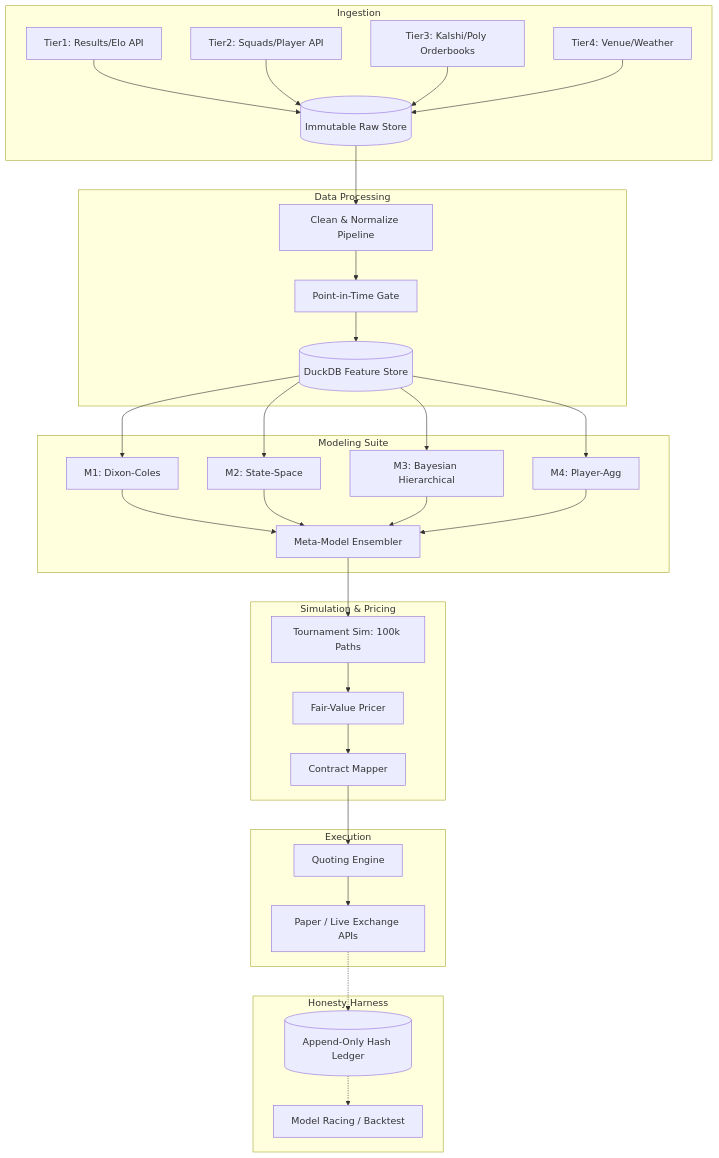
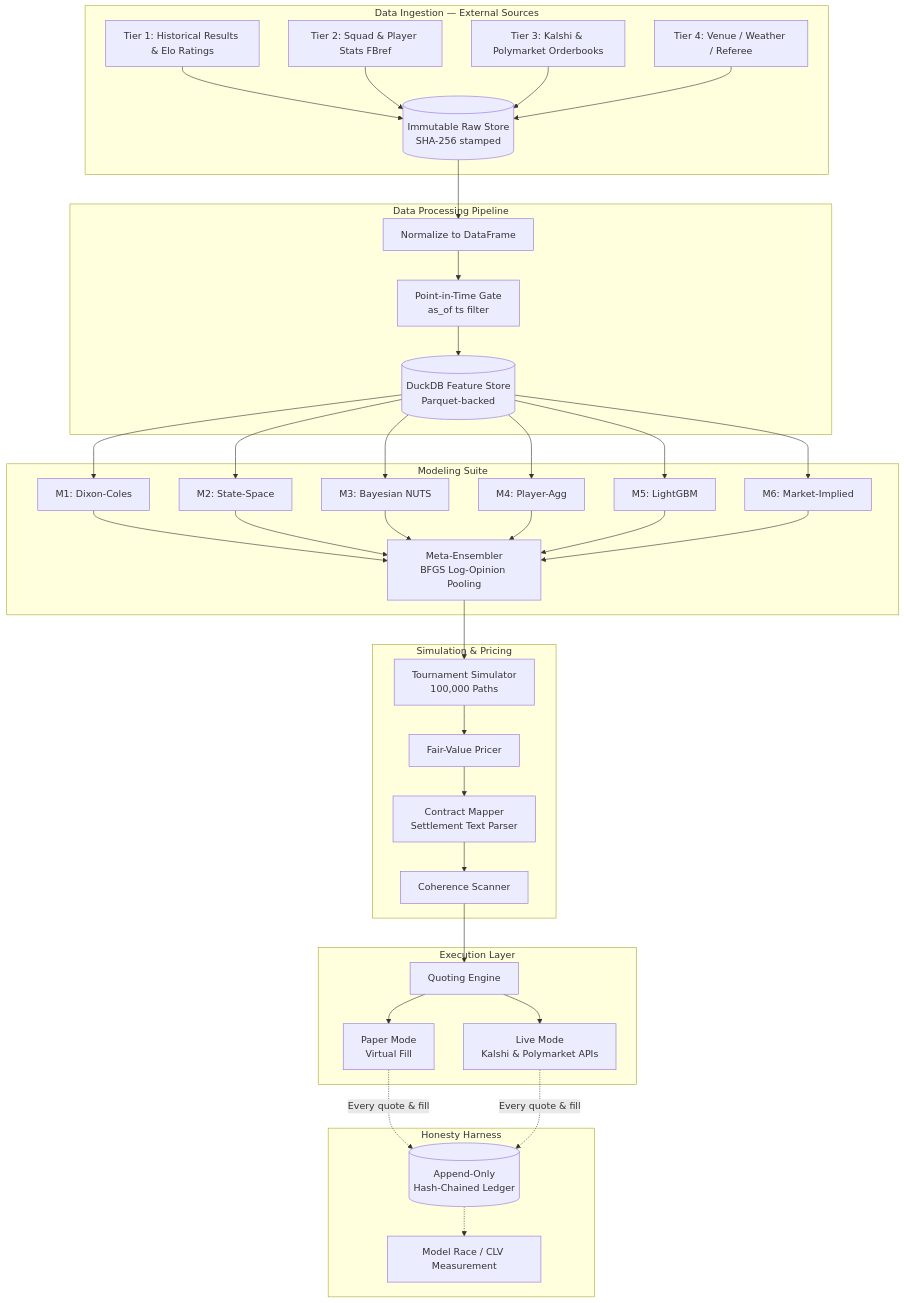
Before and after one commit to shreejitverma/wc2026-quant-prediction-system: the first of 5 diagrams in docs/architecture.md, drawn with Mermaid. The commit also changed other lines of this file and 8 other files, not shown here.

````diff
--- a/docs/architecture.md
+++ b/docs/architecture.md
@@ -9,39 +25,44 @@
 ```mermaid
 flowchart TD
-    subgraph Ingestion
-        A[Tier1: Results/Elo API] --> Raw[(Immutable Raw Store)]
-        B[Tier2: Squads/Player API] --> Raw
-        C[Tier3: Kalshi/Poly Orderbooks] --> Raw
-        D[Tier4: Venue/Weather] --> Raw
+    subgraph Ingestion [Data Ingestion — External Sources]
+        T1[Tier 1: Historical Results & Elo Ratings]
+        T2[Tier 2: Squad & Player Stats FBref]
+        T3[Tier 3: Kalshi & Polymarket Orderbooks]
+        T4[Tier 4: Venue / Weather / Referee]
+        T1 & T2 & T3 & T4 --> Raw[(Immutable Raw Store\nSHA-256 stamped)]
     end
 
-    subgraph Data Processing
-        Raw --> Clean[Clean & Normalize Pipeline]
-        Clean --> PIT[Point-in-Time Gate]
-        PIT --> FS[(DuckDB Feature Store)]
+    subgraph Processing [Data Processing Pipeline]
+        Raw --> Norm[Normalize to DataFrame]
+        Norm --> PIT[Point-in-Time Gate\nas_of ts filter]
+        PIT --> FS[(DuckDB Feature Store\nParquet-backed)]
     end
 
-    subgraph Modeling Suite
+    subgraph Modeling [Modeling Suite]
         FS --> M1[M1: Dixon-Coles]
         FS --> M2[M2: State-Space]
-        FS --> M3[M3: Bayesian Hierarchical]
+        FS --> M3[M3: Bayesian NUTS]
         FS --> M4[M4: Player-Agg]
-        M1 & M2 & M3 & M4 --> Meta[Meta-Model Ensembler]
+        FS --> M5[M5: LightGBM]
+        FS --> M6[M6: Market-Implied]
+        M1 & M2 & M3 & M4 & M5 & M6 --> Meta[Meta-Ensembler\nBFGS Log-Opinion Pooling]
     end
 
-    subgraph Simulation & Pricing
-        Meta --> Sim[Tournament Sim: 100k Paths]
+    subgraph Simulation [Simulation & Pricing]
+        Meta --> Sim[Tournament Simulator\n100,000 Paths]
         Sim --> FV[Fair-Value Pricer]
-        FV --> Mapper[Contract Mapper]
+        FV --> Mapper[Contract Mapper\nSettlement Text Parser]
+        Mapper --> Coh[Coherence Scanner]
     end
 
-    subgraph Execution
-        Mapper --> Quote[Quoting Engine]
-        Quote --> Exec[Paper / Live Exchange APIs]
+    subgraph Execution [Execution Layer]
+        Coh --> QE[Quoting Engine]
+        QE --> Paper[Paper Mode\nVirtual Fill]
+        QE --> Live[Live Mode\nKalshi & Polymarket APIs]
     end
 
-    subgraph Honesty Harness
-        Exec -.-> Ledger[(Append-Only Hash Ledger)]
-        Ledger -.-> Eval[Model Racing / Backtest]
+    subgraph Harness [Honesty Harness]
+        Paper & Live -.->|Every quote & fill| Ledger[(Append-Only\nHash-Chained Ledger)]
+        Ledger -.-> Eval[Model Race / CLV Measurement]
     end
 ```
````
